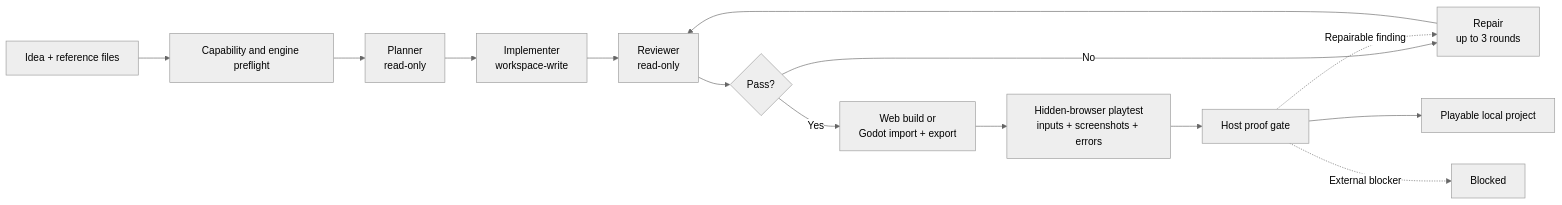
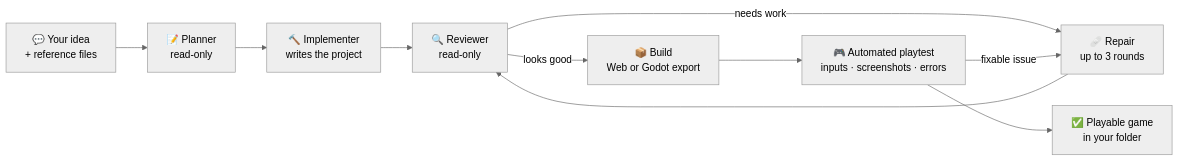
Before and after one commit to nepheloovo/Kapy.ai: the first of 2 diagrams in README.md, drawn with Mermaid (neutral theme). The commit also changed other lines of this file and 60 other files, not shown here.

````diff
--- a/README.md
+++ b/README.md
@@ -73,16 +120,12 @@
 ```mermaid
 flowchart LR
-    Idea["Idea + reference files"] --> Preflight["Capability and engine preflight"]
-    Preflight --> Plan["Planner<br/>read-only"]
-    Plan --> Build["Implementer<br/>workspace-write"]
-    Build --> Review["Reviewer<br/>read-only"]
-    Review --> Pass{"Pass?"}
-    Pass -- "No" --> Repair["Repair<br/>up to 3 rounds"]
+    Idea["💬 Your idea<br/>+ reference files"] --> Plan["📝 Planner<br/>read-only"]
+    Plan --> Build["🔨 Implementer<br/>writes the project"]
+    Build --> Review["🔍 Reviewer<br/>read-only"]
+    Review -->|needs work| Repair["🩹 Repair<br/>up to 3 rounds"]
     Repair --> Review
-    Pass -- "Yes" --> EngineBuild["Web build or<br/>Godot import + export"]
-    EngineBuild --> Playtest["Hidden-browser playtest<br/>inputs + screenshots + errors"]
-    Playtest --> Gate["Host proof gate"]
-    Gate -. "Repairable finding" .-> Repair
-    Gate --> Done["Playable local project"]
-    Gate -. "External blocker" .-> Blocked["Blocked"]
+    Review -->|looks good| Ship["📦 Build<br/>Web or Godot export"]
+    Ship --> Play["🎮 Automated playtest<br/>inputs · screenshots · errors"]
+    Play -->|fixable issue| Repair
+    Play --> Done["✅ Playable game<br/>in your folder"]
 ```
````
